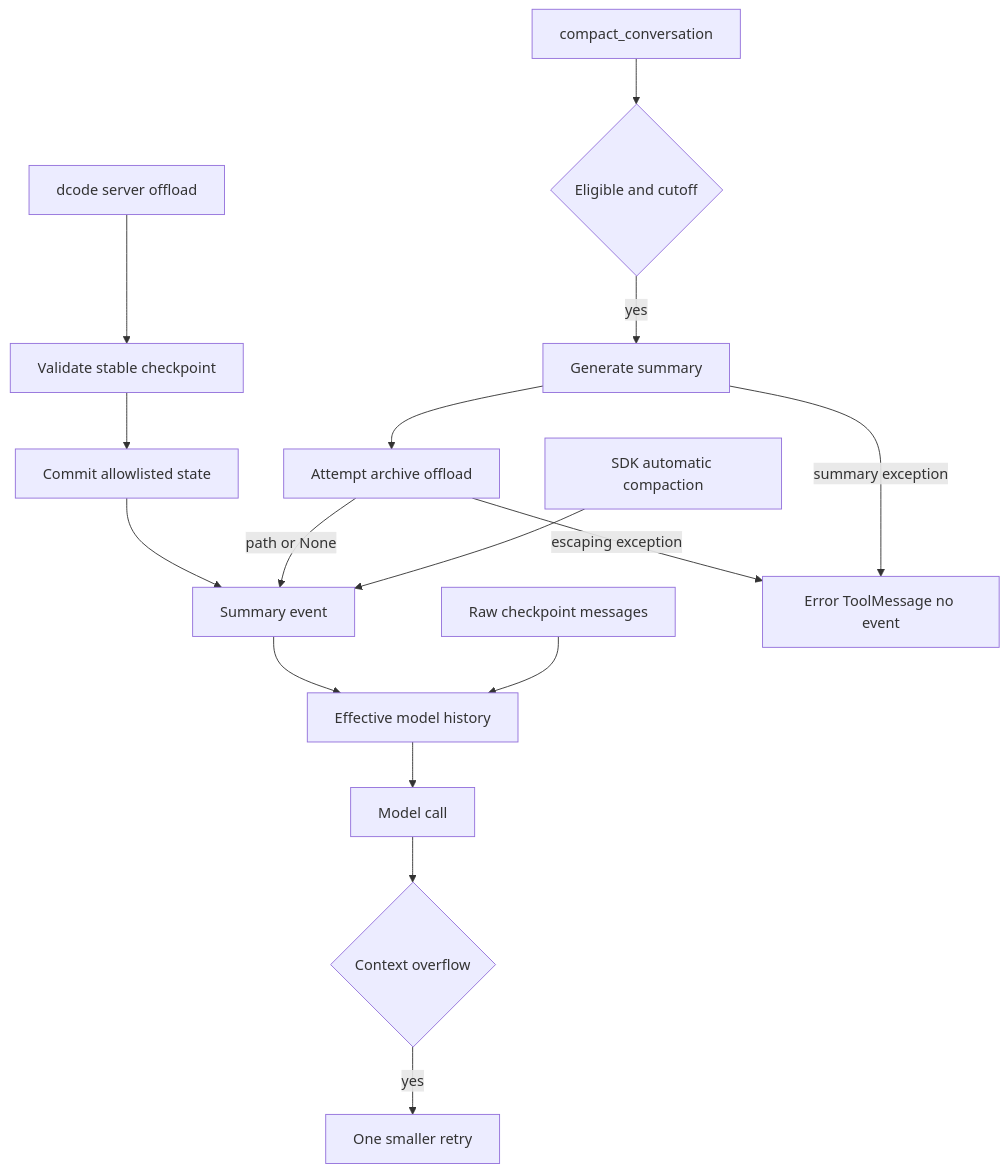
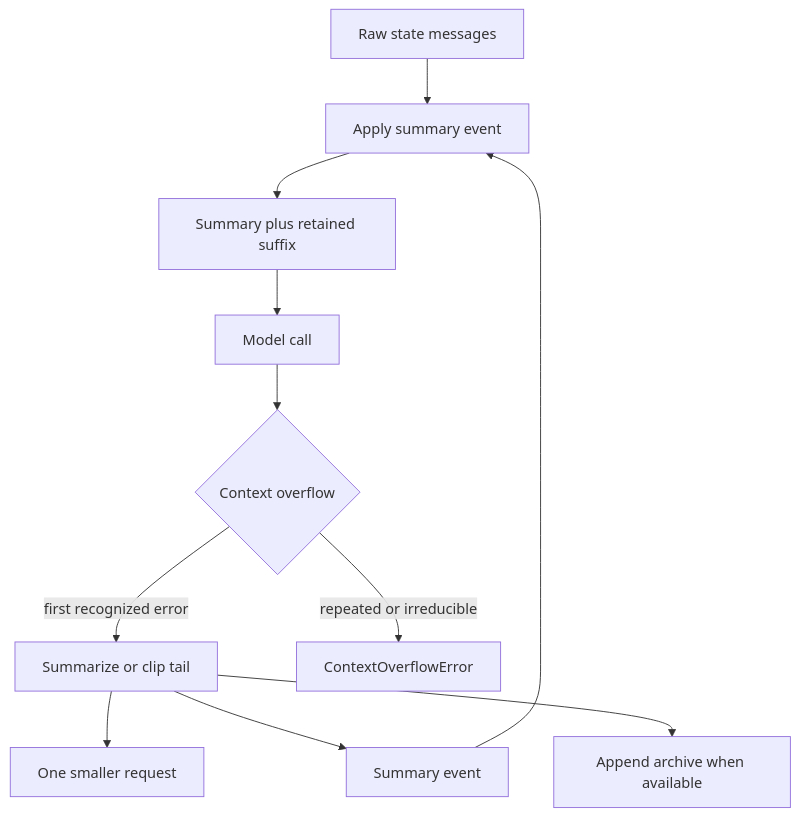
Before and after one commit to langchain-ai/deepagents: the first of 2 diagrams in openwiki/concepts/context-management.md, drawn with Mermaid. The commit also changed other lines of this file and 44 other files, not shown here.

````diff
--- a/openwiki/concepts/context-management.md
+++ b/openwiki/concepts/context-management.md
@@ -50,18 +52,13 @@
 ```mermaid
 flowchart TD
-    Raw["Raw checkpoint messages"] --> Effective["Effective model history"]
-    Event["Summary event"] --> Effective
-    Effective --> Model["Model call"]
-    Model --> Overflow{"Context overflow"}
-    Overflow -->|"yes"| Retry["One smaller retry"]
-    Auto["SDK automatic compaction"] --> Event
-    Manual["compact_conversation"] --> Eligible{"Eligible and cutoff"}
-    Eligible -->|"yes"| Summary["Generate summary"]
-    Summary --> Archive["Attempt archive offload"]
-    Archive -->|"path or None"| Event
-    Summary -->|"summary exception"| Failure["Error ToolMessage no event"]
-    Archive -->|"escaping exception"| Failure
-    Server["dcode server offload"] --> Validate["Validate stable checkpoint"]
-    Validate --> Commit["Commit allowlisted state"]
-    Commit --> Event
+    Raw["Raw state messages"] --> Apply["Apply summary event"]
+    Event["Summary event"] --> Apply
+    Apply --> Effective["Summary plus retained suffix"]
+    Effective --> Call["Model call"]
+    Call --> Overflow{"Context overflow"}
+    Overflow -->|"first recognized error"| Compact["Summarize or clip tail"]
+    Compact --> Retry["One smaller request"]
+    Overflow -->|"repeated or irreducible"| Terminal["ContextOverflowError"]
+    Compact --> Event
+    Compact --> Archive["Append archive when available"]
 ```
````
